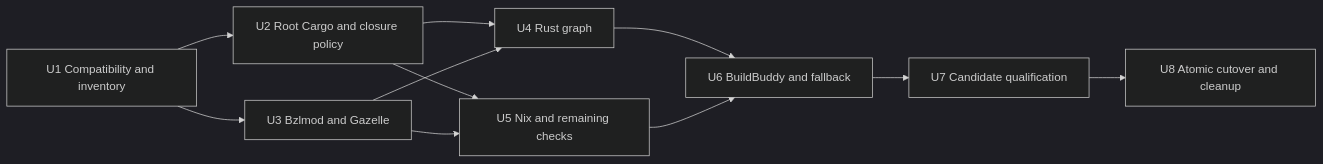
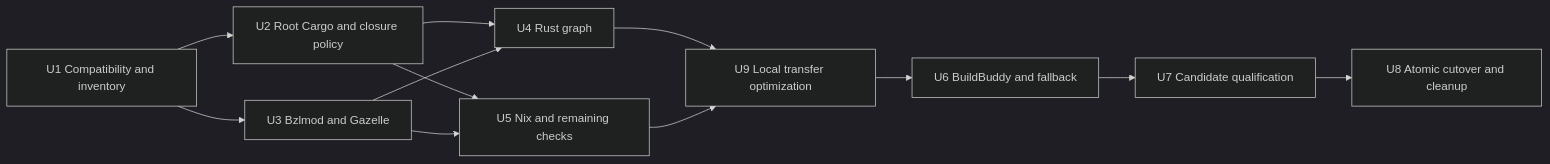
One commit to vicondoa/d2b changed the fourth of 4 diagrams in docs/plans/2026-08-14-002-refactor-bazel-buildbuddy-check-migration-plan.md. Above: the diagram before and after it, drawn with Mermaid (dark theme). The commit also changed other lines of this file, not shown here.

First line of the commit message:
plan: gate BuildBuddy on transfer analysis

````diff
--- a/docs/plans/2026-08-14-002-refactor-bazel-buildbuddy-check-migration-plan.md
+++ b/docs/plans/2026-08-14-002-refactor-bazel-buildbuddy-check-migration-plan.md
@@ -423,13 +451,14 @@
 ```mermaid
 flowchart LR
   U1[U1 Compatibility and inventory] --> U2[U2 Root Cargo and closure policy]
   U1 --> U3[U3 Bzlmod and Gazelle]
   U2 --> U4[U4 Rust graph]
   U3 --> U4
   U2 --> U5[U5 Nix and remaining checks]
   U3 --> U5
-  U4 --> U6[U6 BuildBuddy and fallback]
-  U5 --> U6
+  U4 --> U9[U9 Local transfer optimization]
+  U5 --> U9
+  U9 --> U6[U6 BuildBuddy and fallback]
   U6 --> U7[U7 Candidate qualification]
   U7 --> U8[U8 Atomic cutover and cleanup]
 ```
````
